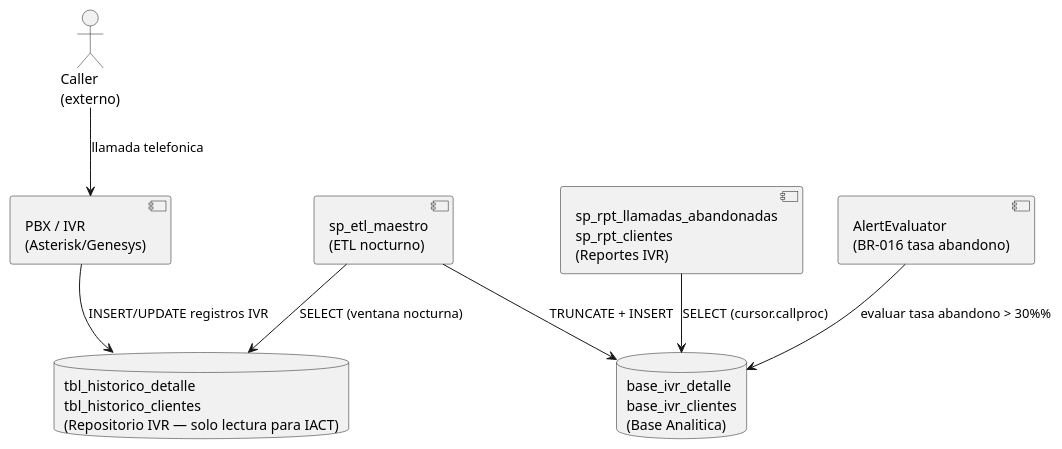
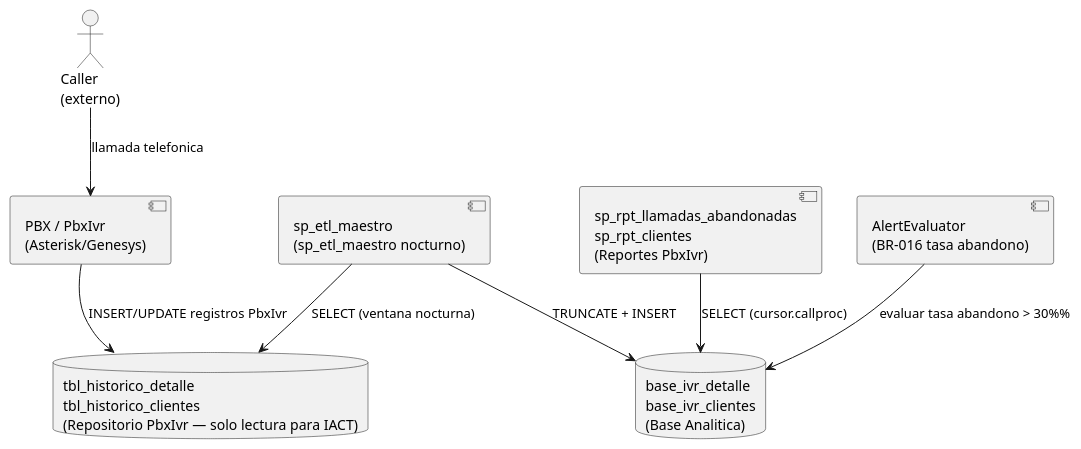
Before and after one commit to jcg-admin/IACT-docs: the second of 2 diagrams in source/arquitectura-tecnica/modulos/caller/diagramas.rst, drawn with PlantUML. The commit also changed 9 other files, not shown here.

First line of the commit message:
Fix aliases in modulos arquitectura diagramas.rst files

```diff
--- a/source/arquitectura-tecnica/modulos/caller/diagramas.rst
+++ b/source/arquitectura-tecnica/modulos/caller/diagramas.rst
@@ -56,24 +56,24 @@
 .. uml::
  :caption: Componentes de MOD_Caller — desde la llamada hasta la Base Analitica.
 
  @startuml
 
  actor "Caller\n(externo)" as CALLER
 
- component "PBX / IVR\n(Asterisk/Genesys)" as IVR
- database "tbl_historico_detalle\ntbl_historico_clientes\n(Repositorio IVR — solo lectura para IACT)" as HIST
+ component "PBX / PbxIvr\n(Asterisk/Genesys)" as PbxIvr
+ database "tbl_historico_detalle\ntbl_historico_clientes\n(Repositorio PbxIvr — solo lectura para IACT)" as HIST
 
- component "sp_etl_maestro\n(ETL nocturno)" as ETL
+ component "sp_etl_maestro\n(sp_etl_maestro nocturno)" as sp_etl_maestro
  database "base_ivr_detalle\nbase_ivr_clientes\n(Base Analitica)" as ANAL
 
- component "sp_rpt_llamadas_abandonadas\nsp_rpt_clientes\n(Reportes IVR)" as RPT
+ component "sp_rpt_llamadas_abandonadas\nsp_rpt_clientes\n(Reportes PbxIvr)" as sp_rpt_llamadas_abandonadas
  component "AlertEvaluator\n(BR-016 tasa abandono)" as ALERT
 
- CALLER --> IVR : llamada telefonica
- IVR --> HIST : INSERT/UPDATE registros IVR
- ETL --> HIST : SELECT (ventana nocturna)
- ETL --> ANAL : TRUNCATE + INSERT
- RPT --> ANAL : SELECT (cursor.callproc)
+ CALLER --> PbxIvr : llamada telefonica
+ PbxIvr --> HIST : INSERT/UPDATE registros PbxIvr
+ sp_etl_maestro --> HIST : SELECT (ventana nocturna)
+ sp_etl_maestro --> ANAL : TRUNCATE + INSERT
+ sp_rpt_llamadas_abandonadas --> ANAL : SELECT (cursor.callproc)
  ALERT --> ANAL : evaluar tasa abandono > 30%%
 
  @enduml
```
